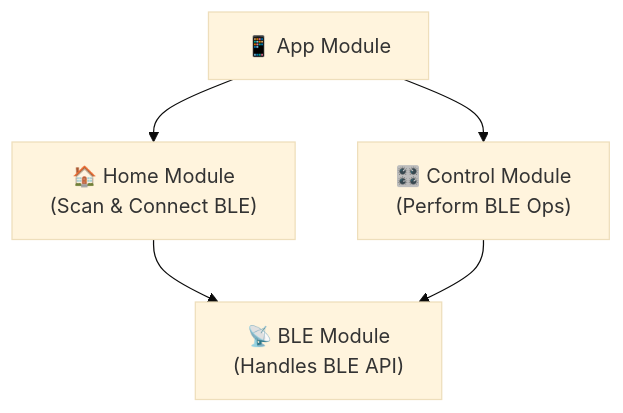
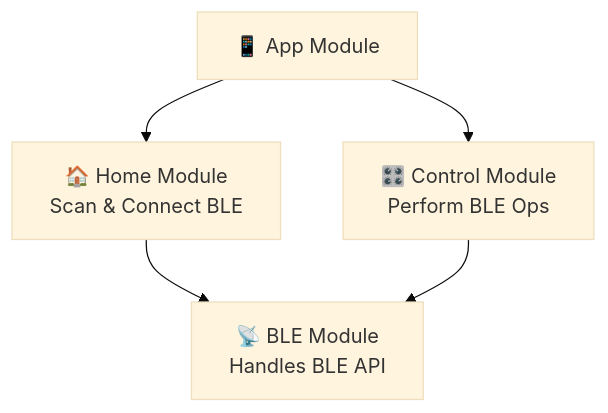
The diagram in readme.md (lordvampire/BleLinkLandingTracker), drawn with Mermaid (base theme) before and after one commit. The commit also changed other lines of this file, not shown here.

````diff
--- a/readme.md
+++ b/readme.md
@@ -37,12 +37,12 @@
 ```mermaid
 graph TD;
     app["📱 App Module"]
-    home["🏠 Home Module\n(Scan & Connect BLE)"]
-    control["🎛️ Control Module\n(Perform BLE Ops)"]
-    ble["📡 BLE Module\n(Handles BLE API)"]
+    home["🏠 Home Module<br>Scan & Connect BLE"]
+    control["🎛️ Control Module<br>Perform BLE Ops"]
+    ble["📡 BLE Module<br>Handles BLE API"]
 
     app --> home
     app --> control
     home --> ble
     control --> ble
 ```
````
